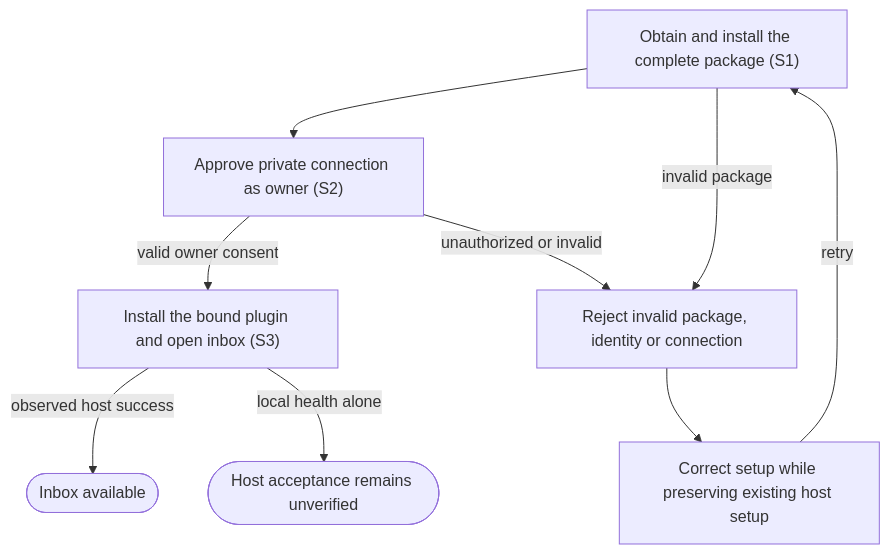
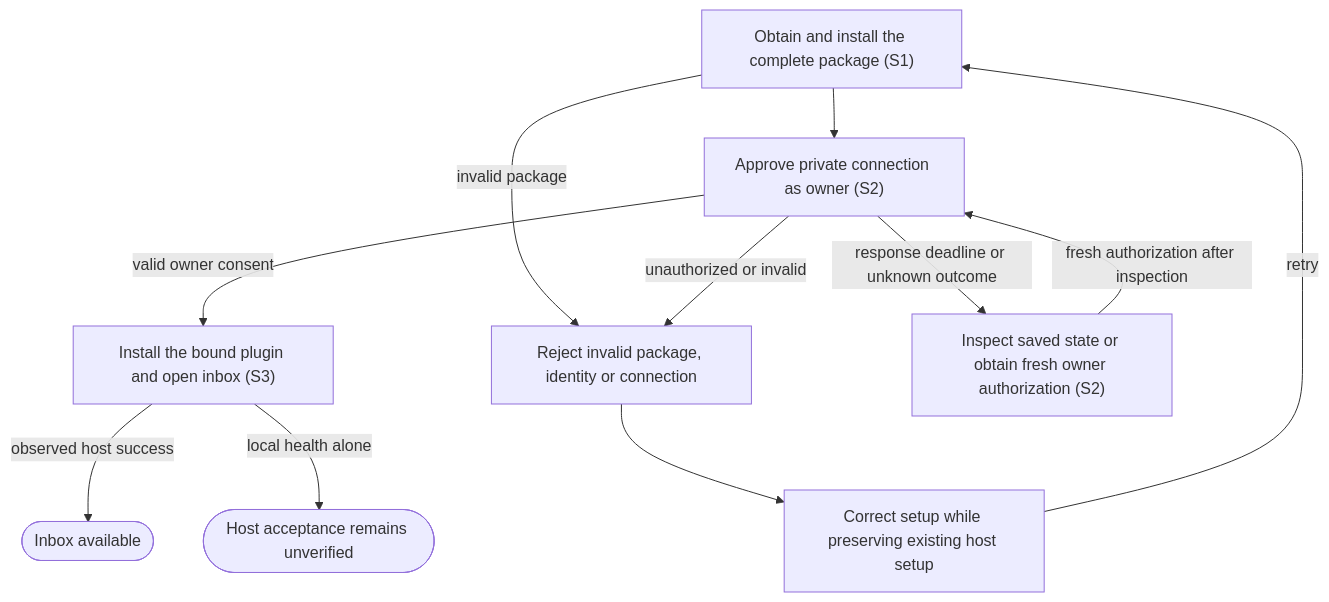
Before and after one commit to dk-code-factory/code-factory-plugin: the diagram in docs/user-flows/install-connect.md, drawn with Mermaid. The commit also changed other lines of this file and 77 other files, not shown here.

````diff
--- a/docs/user-flows/install-connect.md
+++ b/docs/user-flows/install-connect.md
@@ -35,18 +35,21 @@
 ```mermaid
 flowchart TD
     N0["Obtain and install the complete package #40;S1#41;"]
     N1["Approve private connection as owner #40;S2#41;"]
     N2["Install the bound plugin and open inbox #40;S3#41;"]
     N3["Reject invalid package, identity or connection"]
     N4["Correct setup while preserving existing host setup"]
     N5(["Inbox available"])
     N6(["Host acceptance remains unverified"])
+    N7["Inspect saved state or obtain fresh owner authorization #40;S2#41;"]
     N0 --> N1
     N1 -->|"valid owner consent"| N2
     N0 -->|"invalid package"| N3
     N1 -->|"unauthorized or invalid"| N3
     N3 --> N4
     N4 -->|"retry"| N0
     N2 -->|"observed host success"| N5
     N2 -->|"local health alone"| N6
+    N1 -->|"response deadline or unknown outcome"| N7
+    N7 -->|"fresh authorization after inspection"| N1
 ```
````
